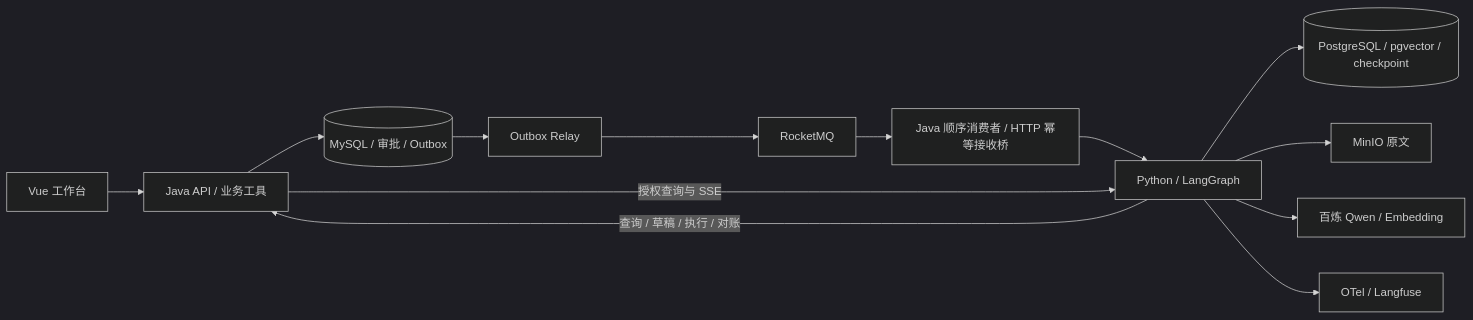
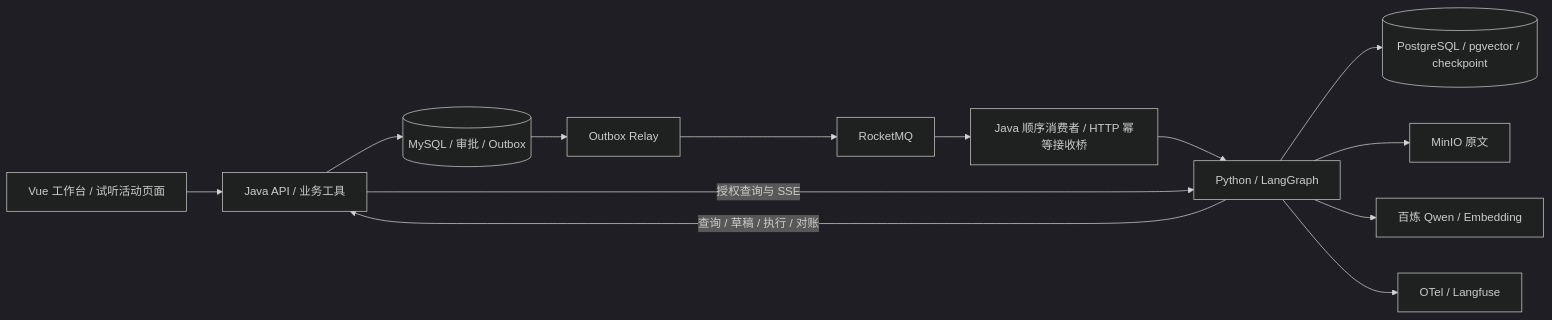
One commit to Chen166-cloud/zhikexing-backend changed the diagram in README.md. Above: the diagram before and after it, drawn with Mermaid (dark theme). The commit also changed other lines of this file and 207 other files, not shown here.

````diff
--- a/README.md
+++ b/README.md
@@ -45,15 +47,15 @@
 ```mermaid
 flowchart LR
-    Vue[Vue 工作台] --> Java[Java API / 业务工具]
+    Vue[Vue 工作台 / 试听活动页面] --> Java[Java API / 业务工具]
     Java --> MySQL[(MySQL / 审批 / Outbox)]
     MySQL --> Relay[Outbox Relay]
     Relay --> MQ[RocketMQ]
     MQ --> Bridge[Java 顺序消费者 / HTTP 幂等接收桥]
     Bridge --> Python[Python / LangGraph]
     Java -->|授权查询与 SSE| Python
     Python -->|查询 / 草稿 / 执行 / 对账| Java
     Python --> PG[(PostgreSQL / pgvector / checkpoint)]
     Python --> S3[MinIO 原文]
     Python --> Bailian[百炼 Qwen / Embedding]
     Python --> OTel[OTel / Langfuse]
 ```
````
